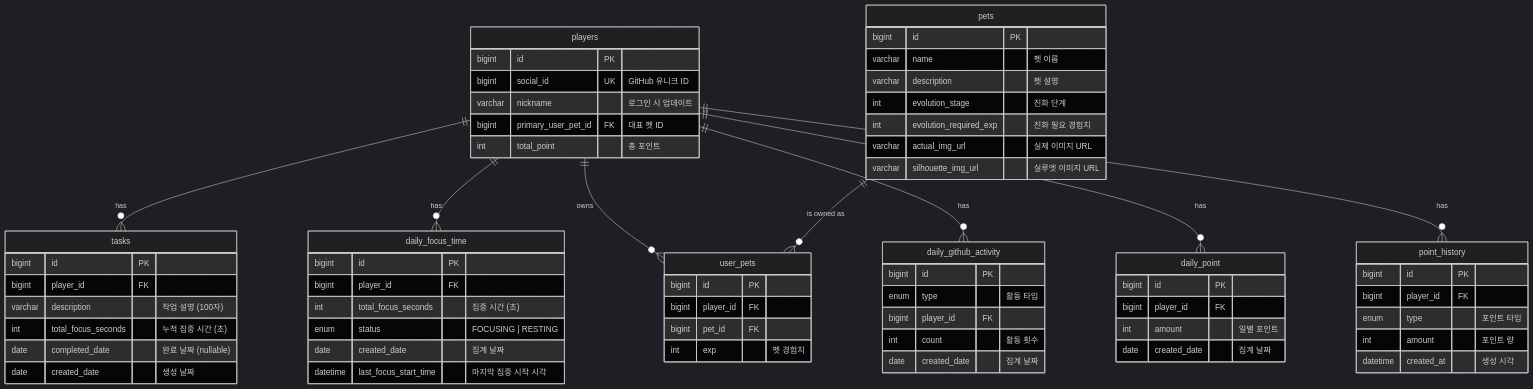
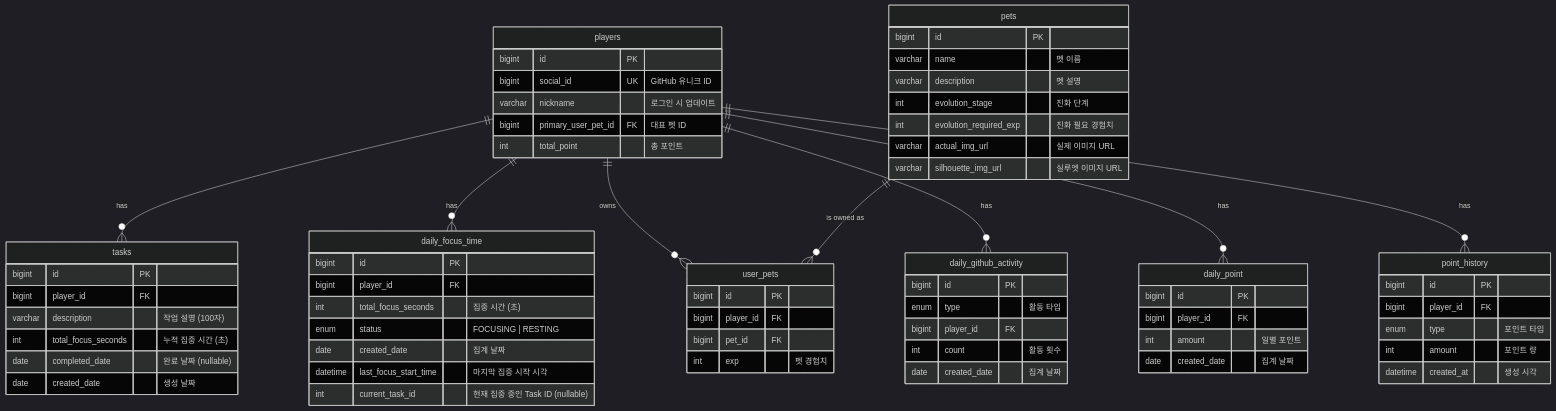
One commit to boostcampwm2025/web19-estrogenquattro changed the diagram in docs/guides/ERD.md. Above: the diagram before and after it, drawn with Mermaid (dark theme). The commit also changed other lines of this file and 10 other files, not shown here.

````diff
--- a/docs/guides/ERD.md
+++ b/docs/guides/ERD.md
@@ -11,76 +11,77 @@
 ```mermaid
 erDiagram
     players ||--o{ tasks : has
     players ||--o{ daily_focus_time : has
     players ||--o{ user_pets : owns
     players ||--o{ daily_github_activity : has
     players ||--o{ daily_point : has
     players ||--o{ point_history : has
     pets ||--o{ user_pets : "is owned as"
 
     players {
         bigint id PK
         bigint social_id UK "GitHub 유니크 ID"
         varchar nickname "로그인 시 업데이트"
         bigint primary_user_pet_id FK "대표 펫 ID"
         int total_point "총 포인트"
     }
 
     tasks {
         bigint id PK
         bigint player_id FK
         varchar description "작업 설명 (100자)"
         int total_focus_seconds "누적 집중 시간 (초)"
         date completed_date "완료 날짜 (nullable)"
         date created_date "생성 날짜"
     }
 
     daily_focus_time {
         bigint id PK
         bigint player_id FK
         int total_focus_seconds "집중 시간 (초)"
         enum status "FOCUSING | RESTING"
         date created_date "집계 날짜"
         datetime last_focus_start_time "마지막 집중 시작 시각"
+        int current_task_id "현재 집중 중인 Task ID (nullable)"
     }
 
     pets {
         bigint id PK
         varchar name "펫 이름"
         varchar description "펫 설명"
         int evolution_stage "진화 단계"
         int evolution_required_exp "진화 필요 경험치"
         varchar actual_img_url "실제 이미지 URL"
         varchar silhouette_img_url "실루엣 이미지 URL"
     }
 
     user_pets {
         bigint id PK
         bigint player_id FK
         bigint pet_id FK
         int exp "펫 경험치"
     }
 
     daily_github_activity {
         bigint id PK
         enum type "활동 타입"
         bigint player_id FK
         int count "활동 횟수"
         date created_date "집계 날짜"
     }
 
     daily_point {
         bigint id PK
         bigint player_id FK
         int amount "일별 포인트"
         date created_date "집계 날짜"
     }
 
     point_history {
         bigint id PK
         bigint player_id FK
         enum type "포인트 타입"
         int amount "포인트 량"
         datetime created_at "생성 시각"
     }
 ```
````
